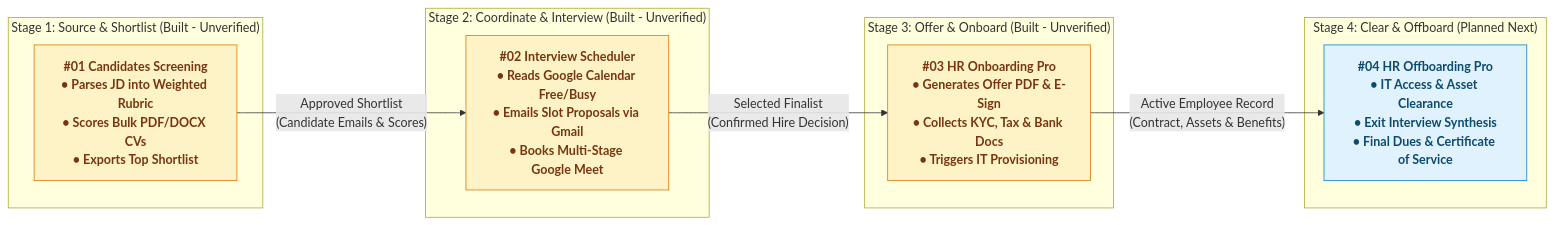
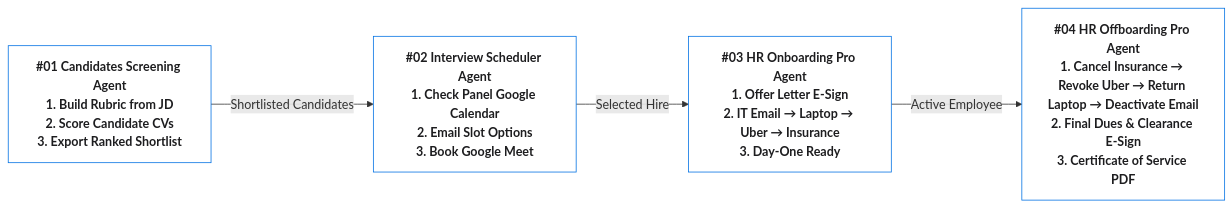
The second of 2 diagrams in README.md (zurupream/HR_Agents), drawn with Mermaid before and after one commit. The commit also changed other lines of this file, not shown here.

Commit message:
Update HR_Agents README to approved 9-agent portfolio in Banking_Agents style

````diff
--- a/README.md
+++ b/README.md
@@ -97,27 +81,13 @@
 ```mermaid
 flowchart LR
-    classDef stage1 fill:#fef3c7,stroke:#d97706,color:#78350f,font-weight:bold
-    classDef stage2 fill:#fef3c7,stroke:#d97706,color:#78350f,font-weight:bold
-    classDef stage3 fill:#fef3c7,stroke:#d97706,color:#78350f,font-weight:bold
-    classDef stage4 fill:#e0f2fe,stroke:#0284c7,color:#0c4a6e,font-weight:bold
+    classDef stage fill:#ffffff,stroke:#0071e3,color:#1d1d1f,font-weight:bold
 
-    subgraph S1["Stage 1: Source & Shortlist (Built - Unverified)"]
-        A1["#01 Candidates Screening<br>• Parses JD into Weighted Rubric<br>• Scores Bulk PDF/DOCX CVs<br>• Exports Top Shortlist"]:::stage1
-    end
+    S1["#01 Candidates Screening Agent<br>1. Build Rubric from JD<br>2. Score Candidate CVs<br>3. Export Ranked Shortlist"]:::stage
+    S2["#02 Interview Scheduler Agent<br>1. Check Panel Google Calendar<br>2. Email Slot Options<br>3. Book Google Meet"]:::stage
+    S3["#03 HR Onboarding Pro Agent<br>1. Offer Letter E-Sign<br>2. IT Email → Laptop → Uber → Insurance<br>3. Day-One Ready"]:::stage
+    S4["#04 HR Offboarding Pro Agent<br>1. Cancel Insurance → Revoke Uber → Return Laptop → Deactivate Email<br>2. Final Dues & Clearance E-Sign<br>3. Certificate of Service PDF"]:::stage
 
-    subgraph S2["Stage 2: Coordinate & Interview (Built - Unverified)"]
-        A2["#02 Interview Scheduler<br>• Reads Google Calendar Free/Busy<br>• Emails Slot Proposals via Gmail<br>• Books Multi-Stage Google Meet"]:::stage2
-    end
-
-    subgraph S3["Stage 3: Offer & Onboard (Built - Unverified)"]
-        A3["#03 HR Onboarding Pro<br>• Generates Offer PDF & E-Sign<br>• Collects KYC, Tax & Bank Docs<br>• Triggers IT Provisioning"]:::stage3
-    end
-
-    subgraph S4["Stage 4: Clear & Offboard (Planned Next)"]
-        A4["#04 HR Offboarding Pro<br>• IT Access & Asset Clearance<br>• Exit Interview Synthesis<br>• Final Dues & Certificate of Service"]:::stage4
-    end
-
-    A1 -->|"Approved Shortlist<br>(Candidate Emails & Scores)"| A2
-    A2 -->|"Selected Finalist<br>(Confirmed Hire Decision)"| A3
-    A3 -->|"Active Employee Record<br>(Contract, Assets & Benefits)"| A4
+    S1 -->|"Shortlisted Candidates"| S2
+    S2 -->|"Selected Hire"| S3
+    S3 -->|"Active Employee"| S4
 ```
````
